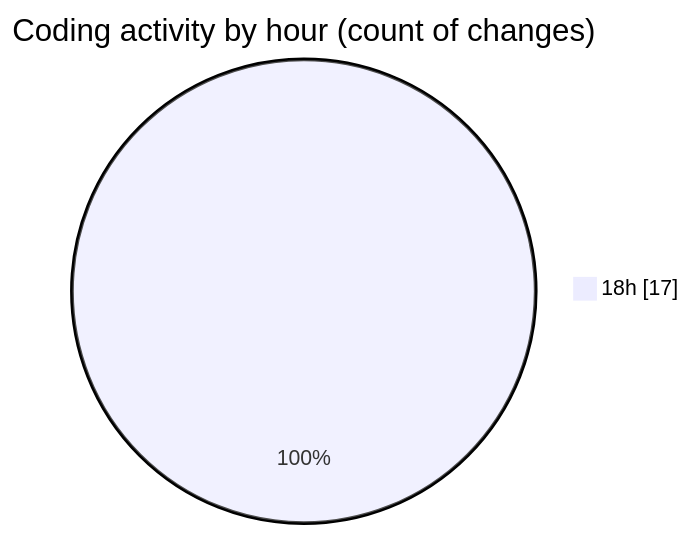
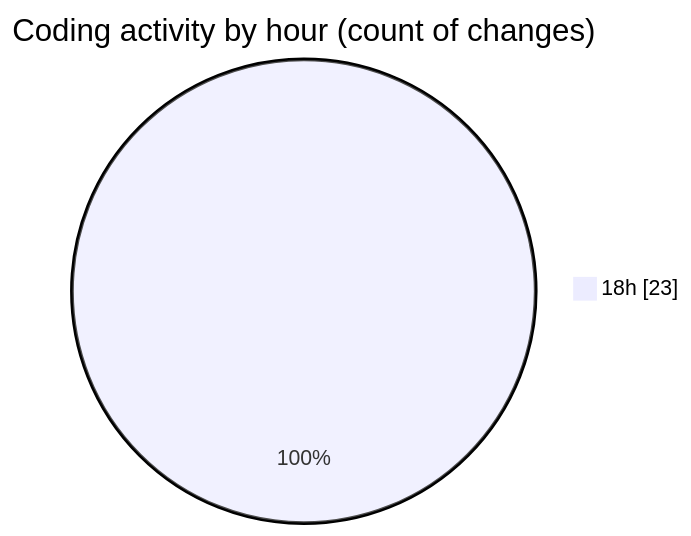
Before and after one commit to Netris89/code-tracking: the second of 2 diagrams in 2025-03-27/back-end/README.md, drawn with Mermaid. The commit also changed other lines of this file and 1 other file, not shown here.

````diff
--- a/2025-03-27/back-end/README.md
+++ b/2025-03-27/back-end/README.md
@@ -34,5 +36,5 @@
 ```mermaid
 pie showData
 title Coding activity by hour (count of changes)
-"18h" : 17
+"18h" : 23
 ```
````
